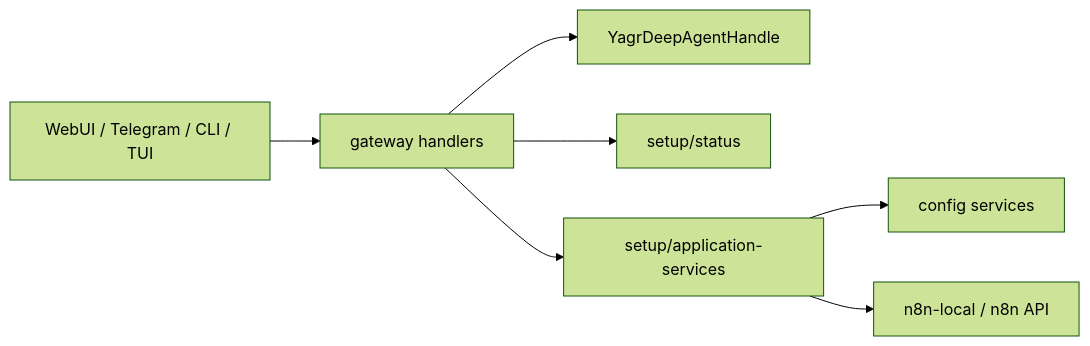
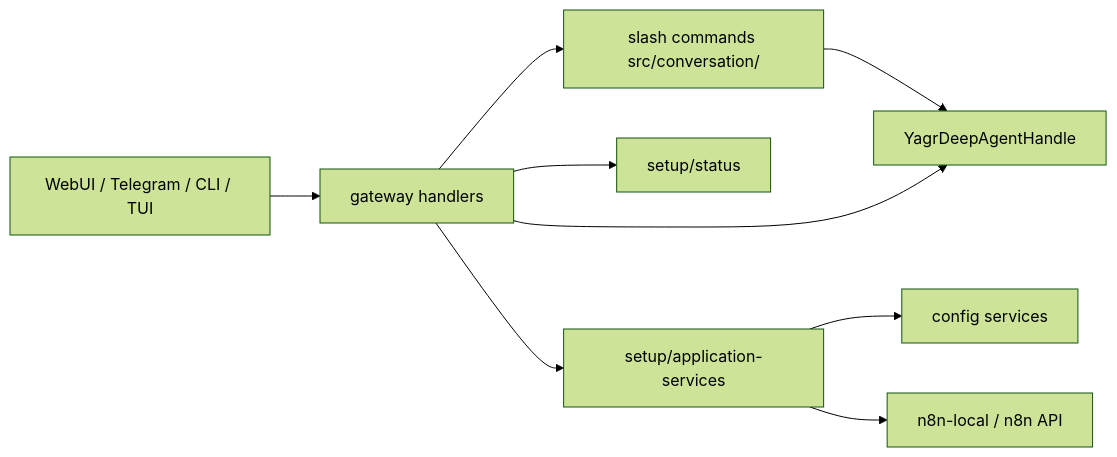
One commit to EtienneLescot/yagr changed the third of 4 diagrams in architecture/current/system-overview.md. Above: the diagram before and after it, drawn with Mermaid (forest theme). The commit also changed other lines of this file and 15 other files, not shown here.

````diff
--- a/architecture/current/system-overview.md
+++ b/architecture/current/system-overview.md
@@ -303,17 +299,20 @@
 ```mermaid
 flowchart LR
     UI[WebUI / Telegram / CLI / TUI]
     GW[gateway handlers]
-  SA[YagrDeepAgentHandle]
+    SC[slash commands src/conversation/]
+    SA[YagrDeepAgentHandle]
     SS[setup/status]
     AS[setup/application-services]
     CFG[config services]
     N8N[n8n-local / n8n API]
 
     UI --> GW
+    GW --> SC
+    SC --> SA
     GW --> SA
     GW --> SS
     GW --> AS
     AS --> CFG
     AS --> N8N
 ```
````
